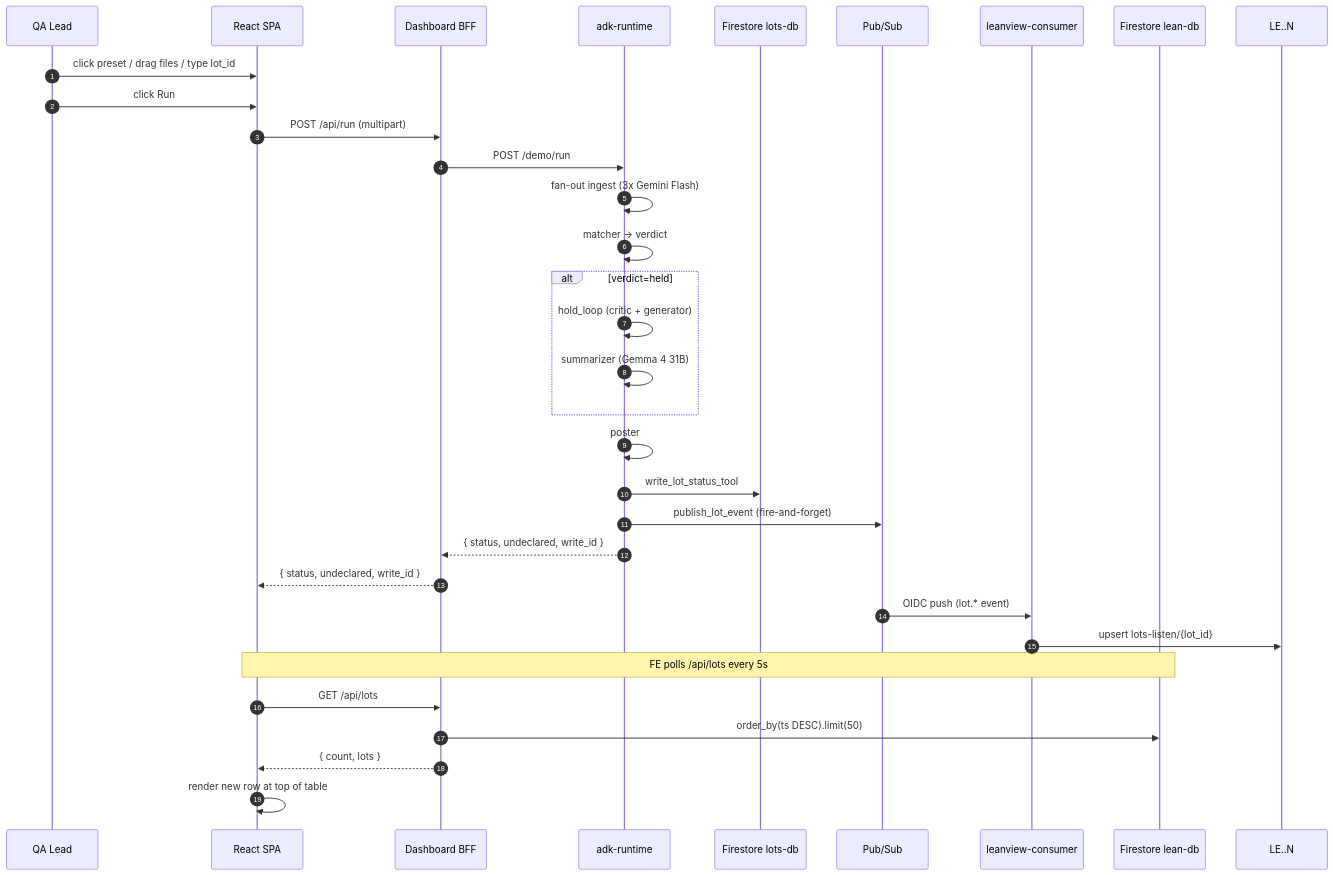
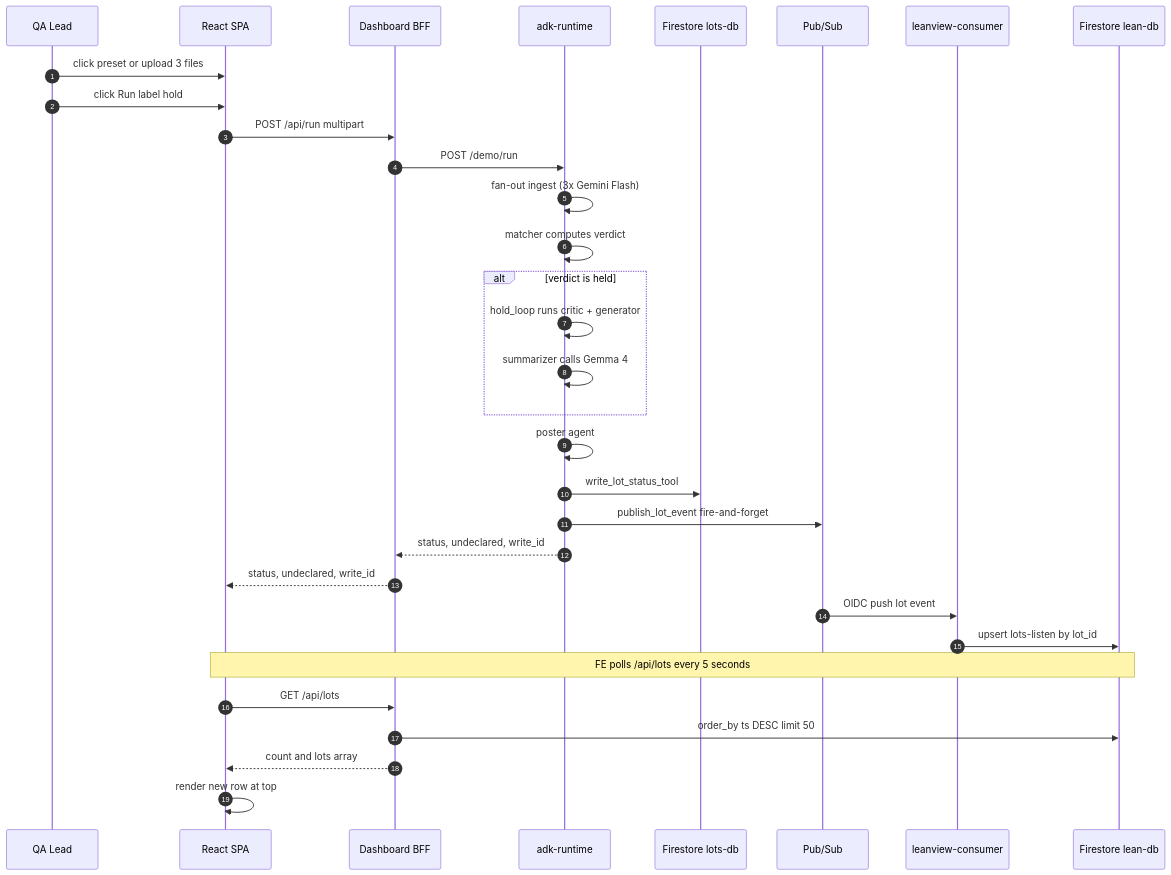
One commit to AndreMashukov/label-hold changed the third of 4 diagrams in README.md. Above: the diagram before and after it, drawn with Mermaid. The commit also changed other lines of this file, not shown here.

First line of the commit message:
README: rewrite diagrams with Mermaid 10-compatible syntax + add input image examples

````diff
--- a/README.md
+++ b/README.md
@@ -167,35 +169,35 @@
 ```mermaid
 sequenceDiagram
-    autonumber
-    participant QA as QA Lead
-    participant FE as React SPA
-    participant DASH as Dashboard BFF
-    participant ADK as adk-runtime
-    participant FS as Firestore lots-db
-    participant BUS as Pub/Sub
-    participant CONS as leanview-consumer
-    participant LEAN as Firestore lean-db
+  autonumber
+  participant QA as QA Lead
+  participant FE as React SPA
+  participant DASH as Dashboard BFF
+  participant ADK as adk-runtime
+  participant LOTDB as Firestore lots-db
+  participant BUS as Pub/Sub
+  participant CONS as leanview-consumer
+  participant LEANDB as Firestore lean-db
 
-    QA->>FE: click preset / drag files / type lot_id
-    QA->>FE: click Run
-    FE->>DASH: POST /api/run (multipart)
-    DASH->>ADK: POST /demo/run
-    ADK->>ADK: fan-out ingest (3x Gemini Flash)
-    ADK->>ADK: matcher → verdict
-    alt verdict=held
-        ADK->>ADK: hold_loop (critic + generator)
-        ADK->>ADK: summarizer (Gemma 4 31B)
-    end
-    ADK->>ADK: poster
-    ADK->>FS: write_lot_status_tool
-    ADK->>BUS: publish_lot_event (fire-and-forget)
-    ADK-->>DASH: { status, undeclared, write_id }
-    DASH-->>FE: { status, undeclared, write_id }
-    BUS->>CONS: OIDC push (lot.* event)
-    CONS->>LE..N: upsert lots-listen/{lot_id}
-    Note over FE,LEAN: FE polls /api/lots every 5s
-    FE->>DASH: GET /api/lots
-    DASH->>LEAN: order_by(ts DESC).limit(50)
-    DASH-->>FE: { count, lots }
-    FE->>FE: render new row at top of table
+  QA->>FE: click preset or upload 3 files
+  QA->>FE: click Run label hold
+  FE->>DASH: POST /api/run multipart
+  DASH->>ADK: POST /demo/run
+  ADK->>ADK: fan-out ingest (3x Gemini Flash)
+  ADK->>ADK: matcher computes verdict
+  alt verdict is held
+    ADK->>ADK: hold_loop runs critic + generator
+    ADK->>ADK: summarizer calls Gemma 4
+  end
+  ADK->>ADK: poster agent
+  ADK->>LOTDB: write_lot_status_tool
+  ADK->>BUS: publish_lot_event fire-and-forget
+  ADK-->>DASH: status, undeclared, write_id
+  DASH-->>FE: status, undeclared, write_id
+  BUS->>CONS: OIDC push lot event
+  CONS->>LEANDB: upsert lots-listen by lot_id
+  Note over FE,LEANDB: FE polls /api/lots every 5 seconds
+  FE->>DASH: GET /api/lots
+  DASH->>LEANDB: order_by ts DESC limit 50
+  DASH-->>FE: count and lots array
+  FE->>FE: render new row at top
 ```
````
